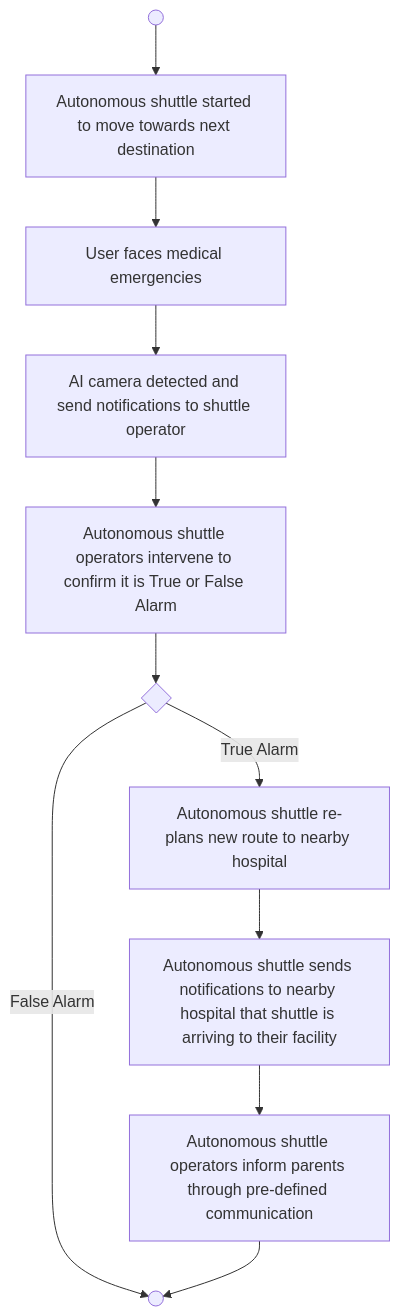
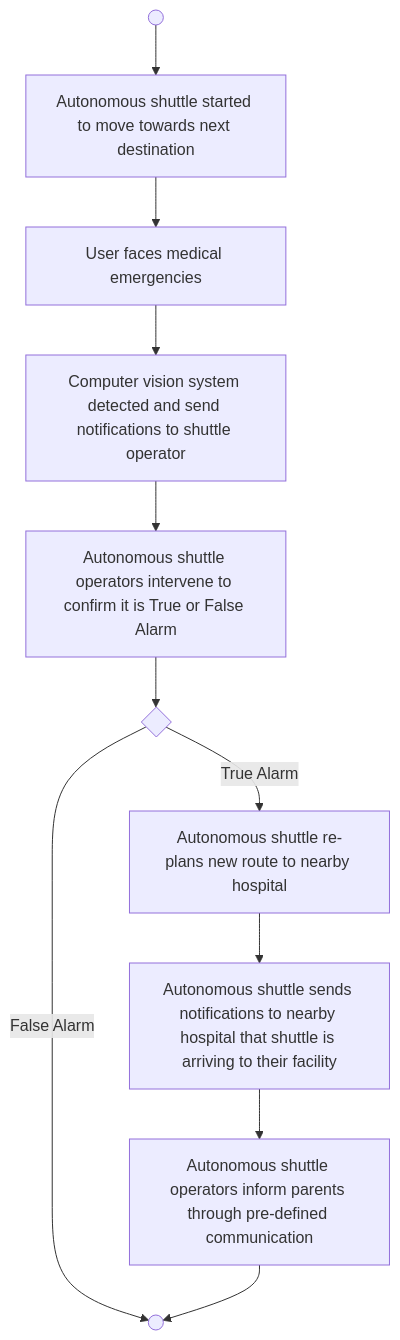
The second of 4 diagrams in README.md (Jy-Lau/ad_system_main), drawn with Mermaid before and after one commit. The commit also changed other lines of this file and 19 other files, not shown here.

````diff
--- a/README.md
+++ b/README.md
@@ -70,16 +75,16 @@
 ```mermaid
 flowchart TD
 
     0(( )) --> 1[Autonomous shuttle started to move towards next destination]
     1 --> 2[User faces medical emergencies]
-    2 --> 3[AI camera detected and send notifications to shuttle operator ]
+    2 --> 3[Computer vision system detected and send notifications to shuttle operator ]
     3 --> 4[Autonomous shuttle operators intervene to confirm it is True or False Alarm]
     4 --> 4A{ }
     4A -->|True Alarm| 5[Autonomous shuttle re-plans new route to nearby hospital]
     4A -->|False Alarm| 8(( ))
     5 --> 6[Autonomous shuttle sends notifications to nearby hospital that shuttle is arriving to their facility]
     6 --> 7[Autonomous shuttle operators inform parents through pre-defined communication]
     7 --> 8
 
     class 0,8 circle;
 ```
````
